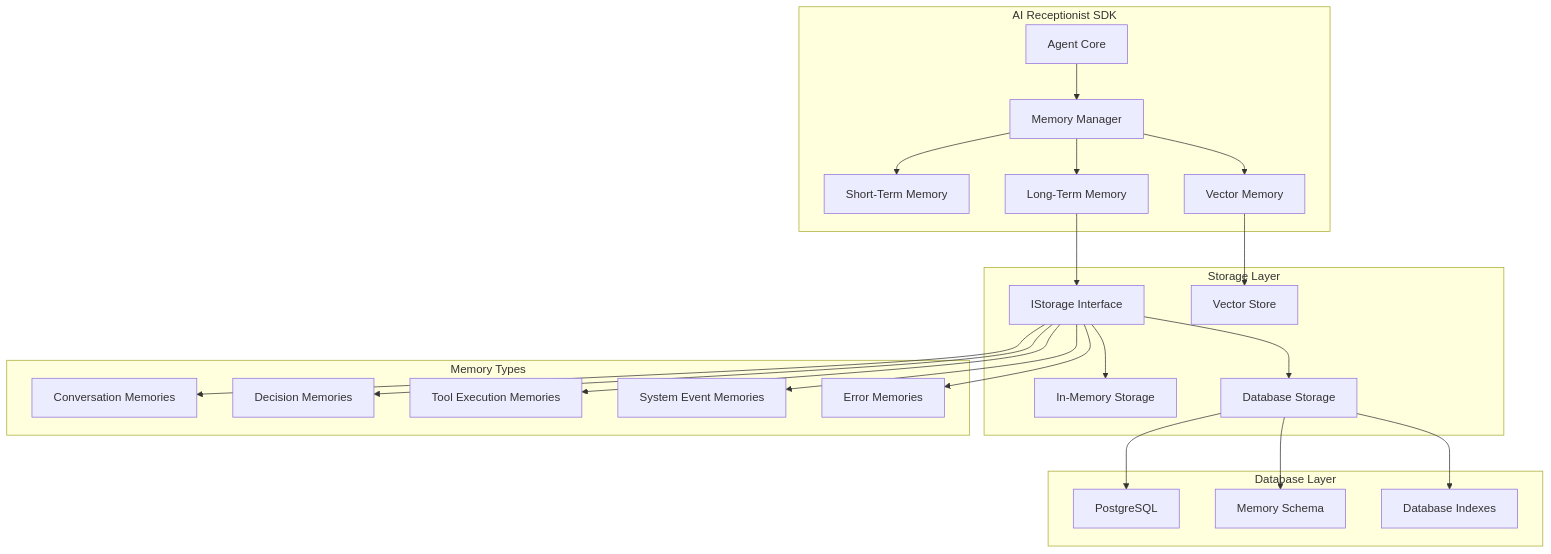
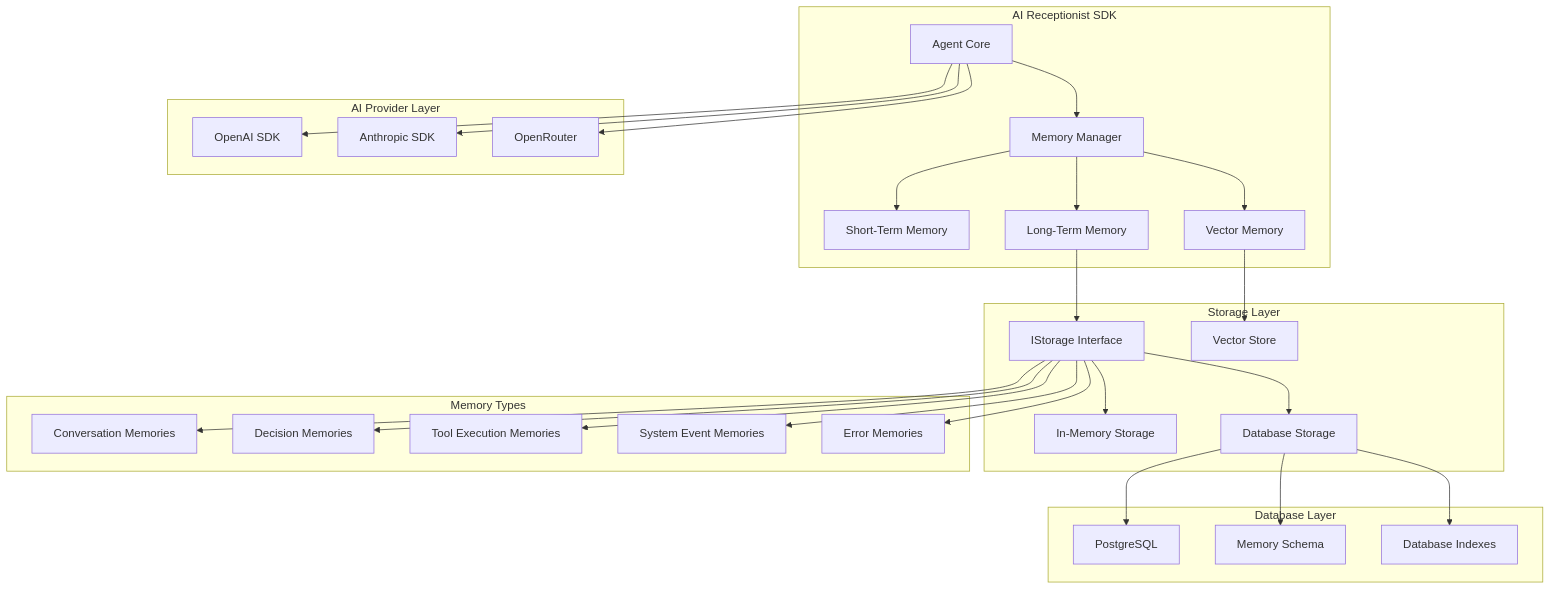
Before and after one commit to KennethAtchon/AI-receptionist: the first of 2 diagrams in docs/architecture/storage.md, drawn with Mermaid. The commit also changed other lines of this file and 4 other files, not shown here.

````diff
--- a/docs/architecture/storage.md
+++ b/docs/architecture/storage.md
@@ -11,52 +17,62 @@
 ```mermaid
 graph TB
     subgraph "AI Receptionist SDK"
         Agent[Agent Core]
         MemoryManager[Memory Manager]
         ShortTerm[Short-Term Memory]
         LongTerm[Long-Term Memory]
         Vector[Vector Memory]
     end
-    
+
     subgraph "Storage Layer"
         IStorage[IStorage Interface]
         InMemory[In-Memory Storage]
         Database[Database Storage]
         VectorStore[Vector Store]
     end
-    
+
     subgraph "Database Layer"
         PostgreSQL[PostgreSQL]
         Schema[Memory Schema]
         Indexes[Database Indexes]
     end
-    
+
+    subgraph "AI Provider Layer"
+        OpenAI[OpenAI SDK]
+        Anthropic[Anthropic SDK]
+        OpenRouter[OpenRouter]
+    end
+
     subgraph "Memory Types"
         Conversation[Conversation Memories]
         Decisions[Decision Memories]
         Tools[Tool Execution Memories]
         System[System Event Memories]
         Errors[Error Memories]
     end
-    
+
     Agent --> MemoryManager
     MemoryManager --> ShortTerm
     MemoryManager --> LongTerm
     MemoryManager --> Vector
-    
+
     LongTerm --> IStorage
     Vector --> VectorStore
-    
+
     IStorage --> InMemory
     IStorage --> Database
-    
+
     Database --> PostgreSQL
     Database --> Schema
     Database --> Indexes
-    
+
     IStorage --> Conversation
     IStorage --> Decisions
     IStorage --> Tools
     IStorage --> System
     IStorage --> Errors
+
+    Agent --> OpenAI
+    Agent --> Anthropic
+    Agent --> OpenRouter
 ```
````
